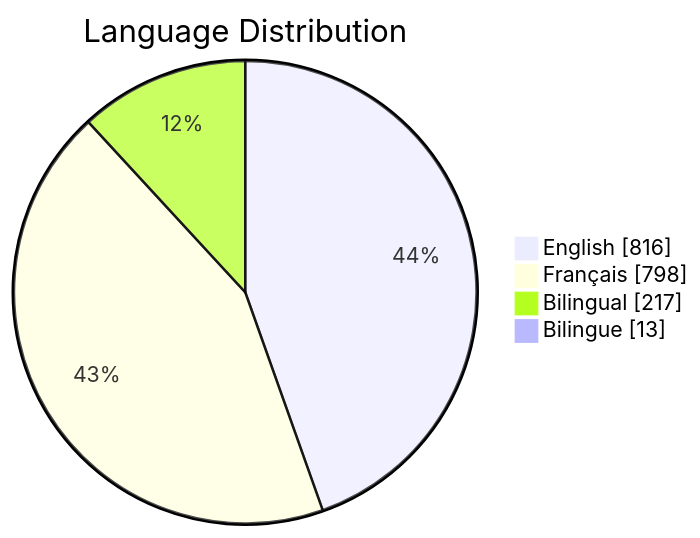
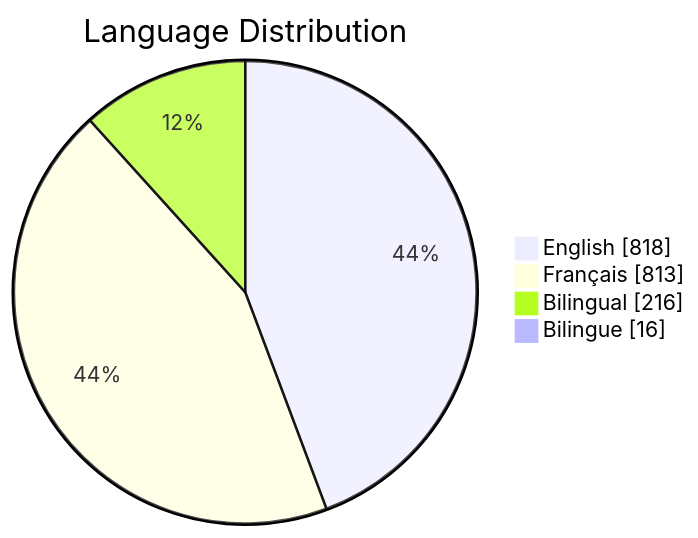
The third of 6 diagrams in README.md (PatLittle/GC-Socials), drawn with Mermaid before and after one commit. The commit also changed other lines of this file, not shown here.

Commit message:
Update README with Platform Distribution pie chart

````diff
--- a/README.md
+++ b/README.md
@@ -65,7 +65,7 @@
 ```mermaid
 pie showData title Language Distribution
-    "English": 816
-    "Français": 798
-    "Bilingual": 217
-    "Bilingue": 13
+    "English": 818
+    "Français": 813
+    "Bilingual": 216
+    "Bilingue": 16
 ```
````
